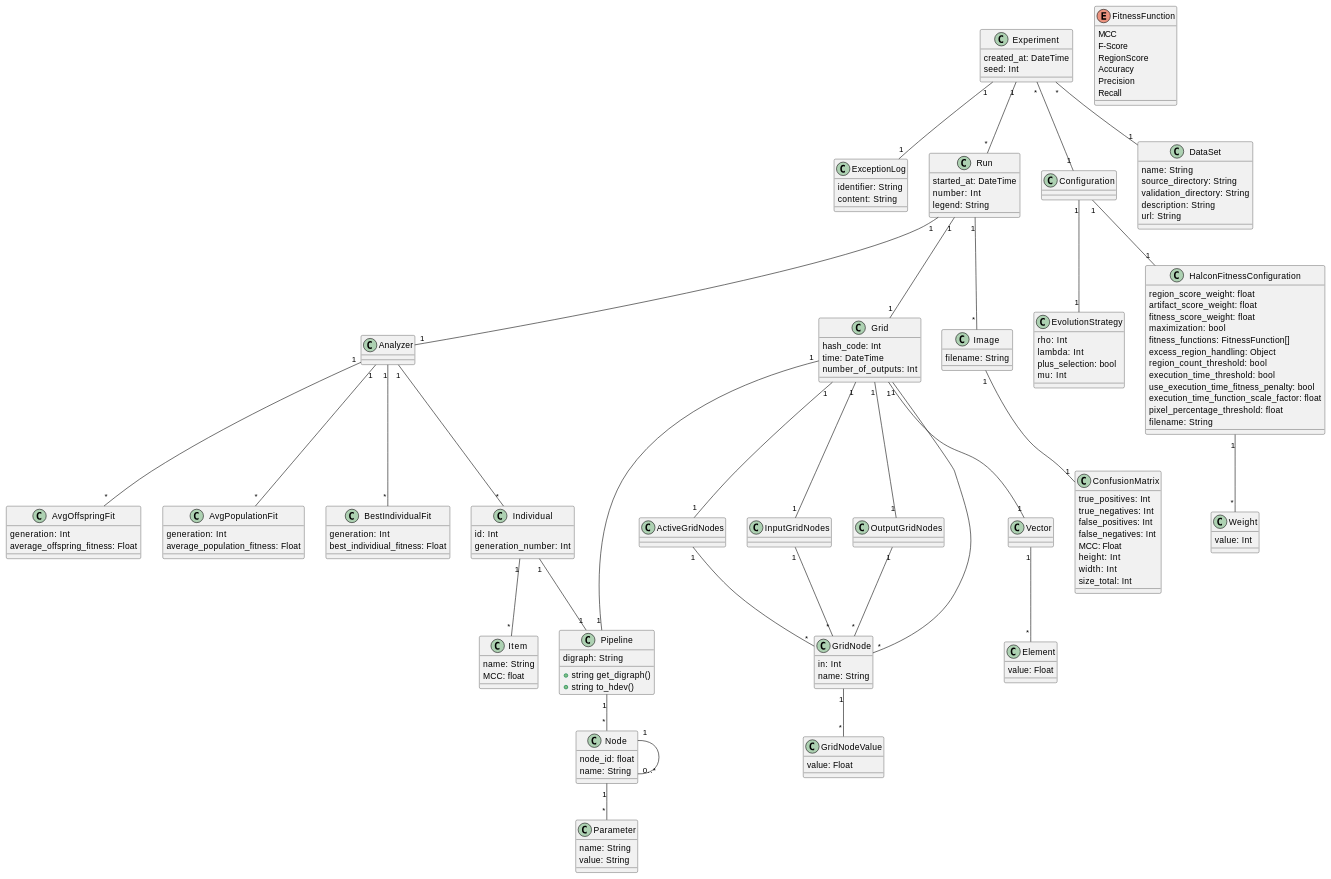
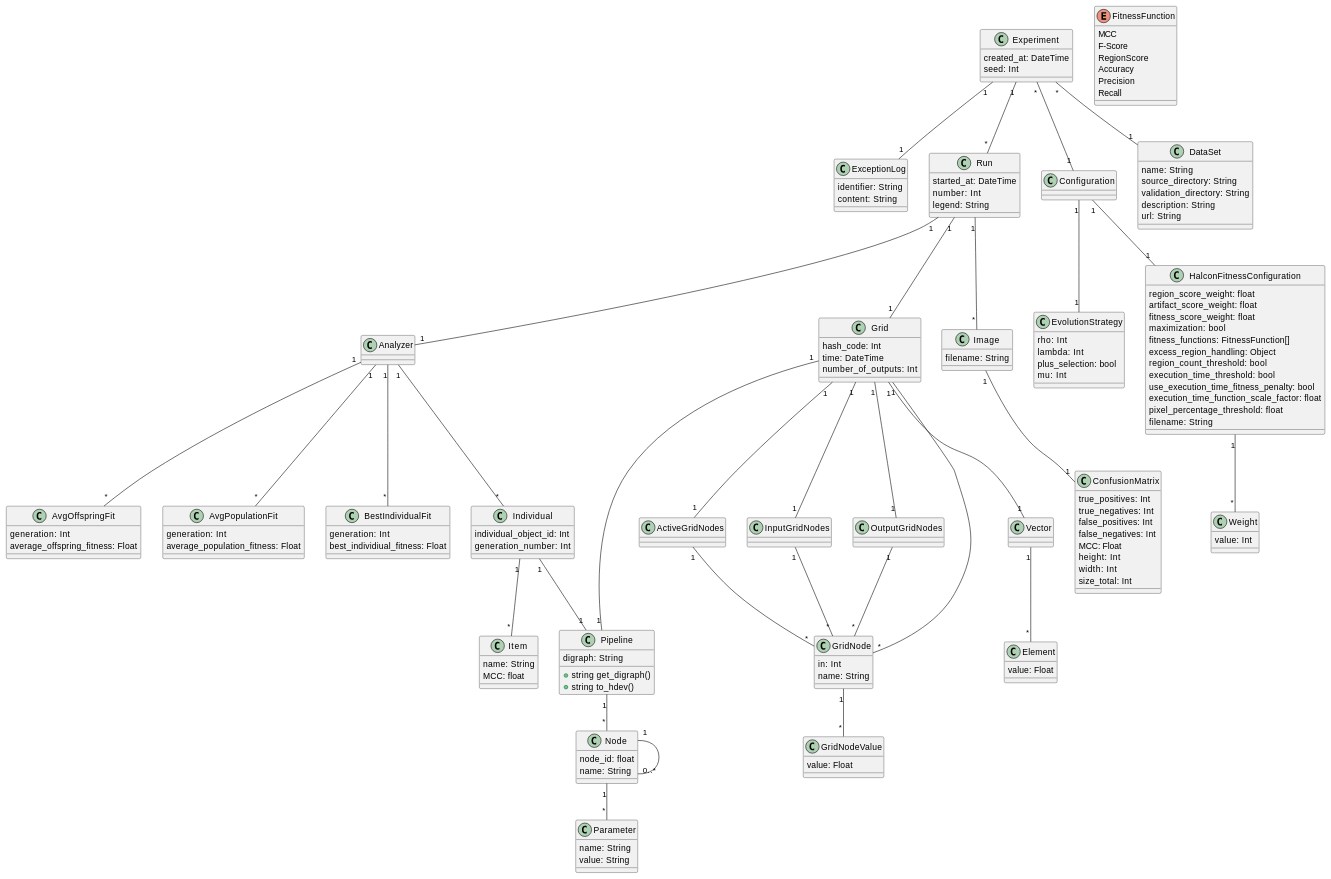
The diagram in diagrams/DataModel.md (anmarchio/experiments), drawn with PlantUML before and after one commit.

```diff
--- a/diagrams/DataModel.md
+++ b/diagrams/DataModel.md
@@ -82,7 +82,7 @@
 }
 
 class Individual {
-  id: Int
+  individual_object_id: Int
   generation_number: Int
 }
 
```
